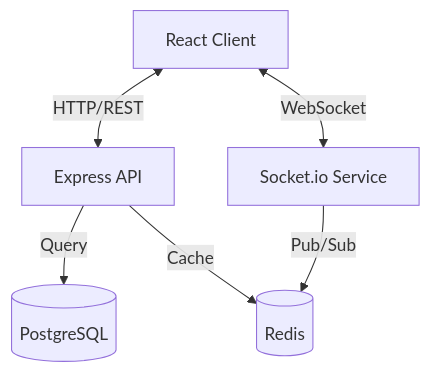
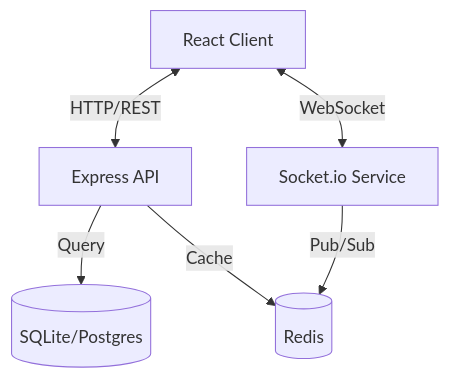
Before and after one commit to kundan05/DevInsight: the diagram in README.md, drawn with Mermaid. The commit also changed other lines of this file and 18 other files, not shown here.

````diff
--- a/README.md
+++ b/README.md
@@ -33,8 +31,8 @@
 ```mermaid
 graph TD
     Client[React Client] <-->|HTTP/REST| API[Express API]
     Client <-->|WebSocket| Socket[Socket.io Service]
-    API -->|Query| DB[(PostgreSQL)]
+    API -->|Query| DB[(SQLite/Postgres)]
     API -->|Cache| Redis[(Redis)]
     Socket -->|Pub/Sub| Redis
 ```
````
